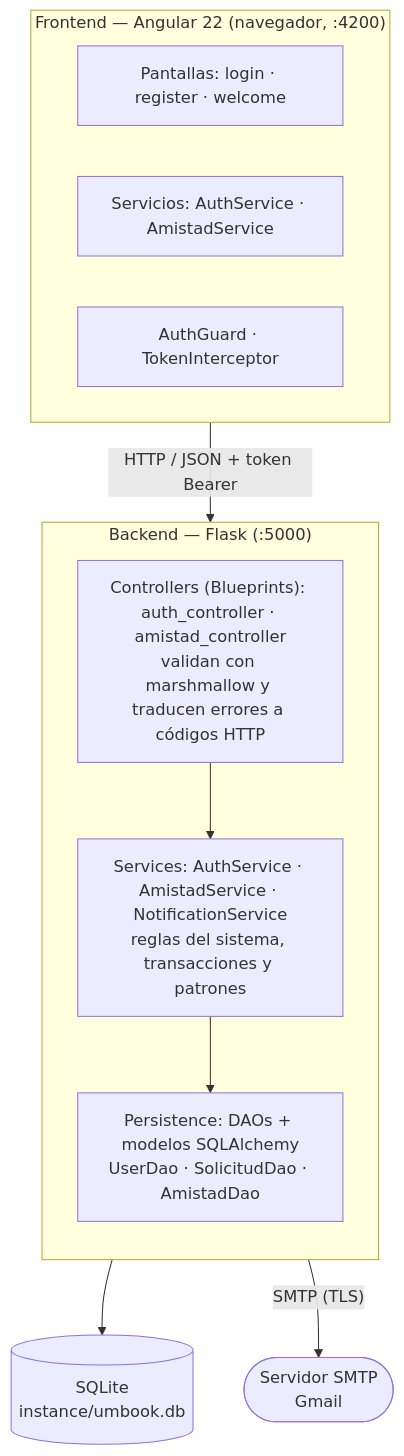
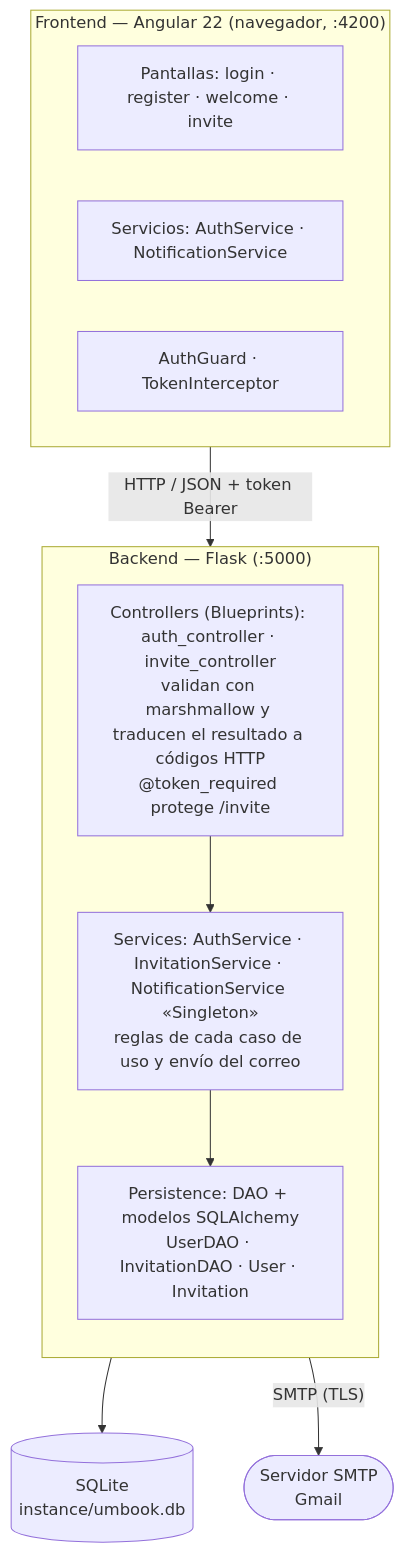
The diagram in docs/DISEÑO_UMBook.md (ELCOMANDANTE18/final-ing), drawn with Mermaid before and after one commit. The commit also changed other lines of this file and 51 other files, not shown here.

````diff
--- a/docs/DISEÑO_UMBook.md
+++ b/docs/DISEÑO_UMBook.md
@@ -14,24 +16,24 @@
 ```mermaid
 flowchart TB
     subgraph FE["Frontend — Angular 22 (navegador, :4200)"]
         direction LR
-        F1["Pantallas: login · register · welcome"]
-        F2["Servicios: AuthService · AmistadService"]
+        F1["Pantallas: login · register · welcome · invite"]
+        F2["Servicios: AuthService · NotificationService"]
         F3["AuthGuard · TokenInterceptor"]
     end
 
     subgraph BE["Backend — Flask (:5000)"]
         direction TB
-        C["Controllers (Blueprints): auth_controller · amistad_controller<br/>validan con marshmallow y traducen errores a códigos HTTP"]
-        S["Services: AuthService · AmistadService · NotificationService<br/>reglas del sistema, transacciones y patrones"]
-        P["Persistence: DAOs + modelos SQLAlchemy<br/>UserDao · SolicitudDao · AmistadDao"]
+        C["Controllers (Blueprints): auth_controller · invite_controller<br/>validan con marshmallow y traducen el resultado a códigos HTTP<br/>@token_required protege /invite"]
+        S["Services: AuthService · InvitationService · NotificationService «Singleton»<br/>reglas de cada caso de uso y envío del correo"]
+        P["Persistence: DAO + modelos SQLAlchemy<br/>UserDAO · InvitationDAO · User · Invitation"]
         C --> S --> P
     end
 
     DB[("SQLite<br/>instance/umbook.db")]
     SMTP(["Servidor SMTP<br/>Gmail"])
 
     FE -- "HTTP / JSON + token Bearer" --> C
     P --> DB
     S -- "SMTP (TLS)" --> SMTP
 ```
````
